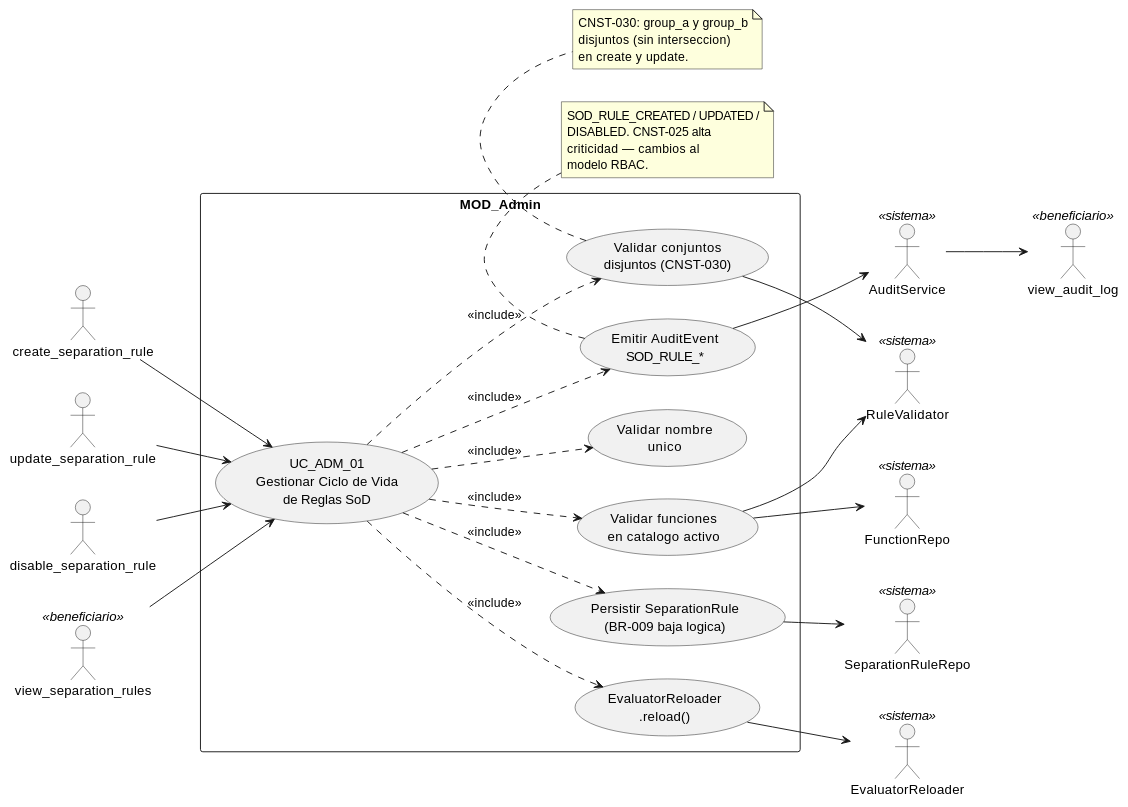
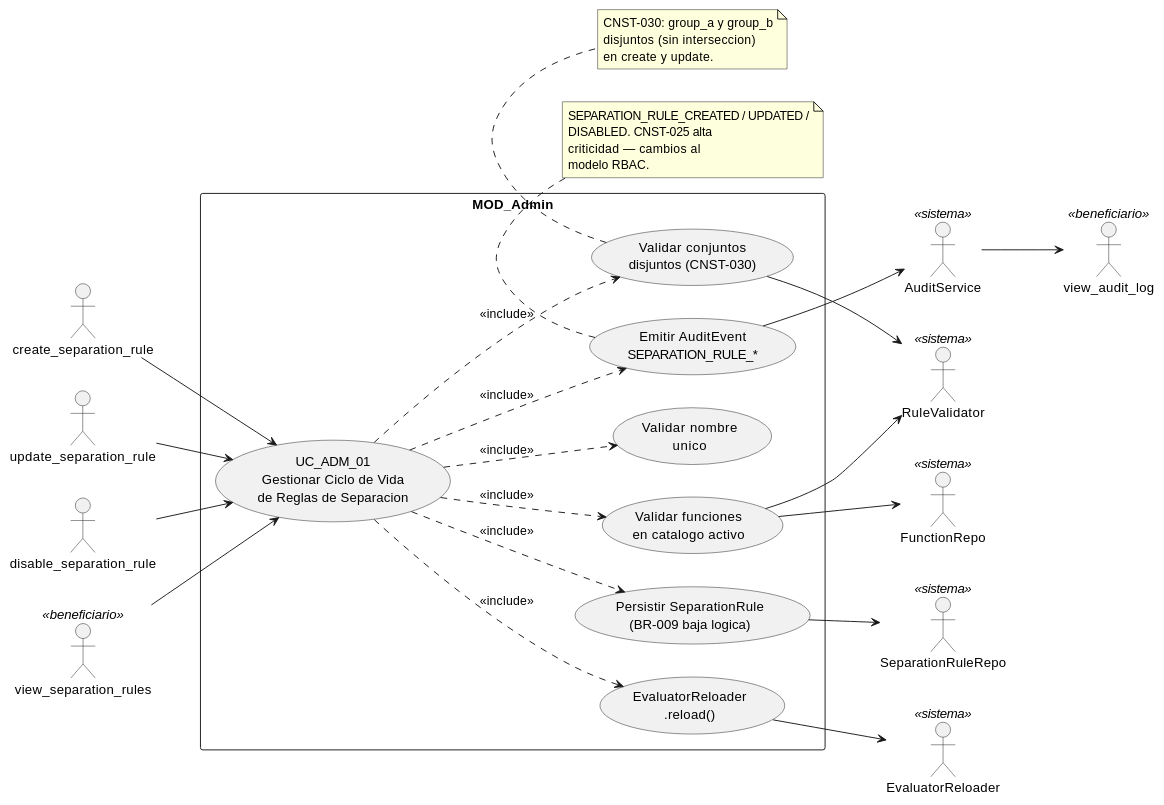
Before and after one commit to jcg-admin/IACT-docs: the diagram in source/requisitos/casos-uso/admin/uc-adm-01/diagramas-uml/diagrama-de-caso-de-uso.rst, drawn with PlantUML. The commit also changed 148 other files, not shown here.

```diff
--- a/source/requisitos/casos-uso/admin/uc-adm-01/diagramas-uml/diagrama-de-caso-de-uso.rst
+++ b/source/requisitos/casos-uso/admin/uc-adm-01/diagramas-uml/diagrama-de-caso-de-uso.rst
@@ -6,62 +6,62 @@
 .. uml::
  :caption: UC_ADM_01 — actores y casos asociados.
 
  @startuml
 
  left to right direction
 
  actor "create_separation_rule" as create_separation_rule
  actor "update_separation_rule" as update_separation_rule
  actor "disable_separation_rule" as disable_separation_rule
  actor "view_separation_rules" as view_separation_rules <<beneficiario>>
  actor "view_audit_log" as view_audit_log <<beneficiario>>
  actor "EvaluatorReloader" as EvaluatorReloader <<sistema>>
  actor "RuleValidator" as RuleValidator <<sistema>>
  actor "AuditService" as AuditService <<sistema>>
  actor "SeparationRuleRepo" as SeparationRuleRepo <<sistema>>
  actor "FunctionRepo" as FunctionRepo <<sistema>>
 
  rectangle "MOD_Admin" {
-   usecase "UC_ADM_01\nGestionar Ciclo de Vida\nde Reglas SoD" as UC_ADM_01
+   usecase "UC_ADM_01\nGestionar Ciclo de Vida\nde Reglas de Separacion" as UC_ADM_01
    usecase "Validar conjuntos\ndisjuntos (CNST-030)" as VALIDAR_CONJUNTOS
    usecase "Validar funciones\nen catalogo activo" as VALIDAR_FUNCIONES
    usecase "Validar nombre\nunico" as VALIDAR_NOMBRE
    usecase "Persistir SeparationRule\n(BR-009 baja logica)" as PERSISTIR
-   usecase "Emitir AuditEvent\nSOD_RULE_*" as AUDITAR
+   usecase "Emitir AuditEvent\nSEPARATION_RULE_*" as AUDITAR
    usecase "EvaluatorReloader\n.reload()" as RELOAD
  }
 
  create_separation_rule --> UC_ADM_01
  update_separation_rule --> UC_ADM_01
  disable_separation_rule --> UC_ADM_01
  view_separation_rules --> UC_ADM_01
 
  UC_ADM_01 ..> VALIDAR_CONJUNTOS : <<include>>
  UC_ADM_01 ..> VALIDAR_FUNCIONES : <<include>>
  UC_ADM_01 ..> VALIDAR_NOMBRE : <<include>>
  UC_ADM_01 ..> PERSISTIR : <<include>>
  UC_ADM_01 ..> AUDITAR : <<include>>
  UC_ADM_01 ..> RELOAD : <<include>>
 
  VALIDAR_CONJUNTOS --> RuleValidator
  VALIDAR_FUNCIONES --> RuleValidator
  VALIDAR_FUNCIONES --> FunctionRepo
  PERSISTIR --> SeparationRuleRepo
  AUDITAR --> AuditService
  RELOAD --> EvaluatorReloader
  AuditService --> view_audit_log
 
  note bottom of VALIDAR_CONJUNTOS
    CNST-030: group_a y group_b
    disjuntos (sin interseccion)
    en create y update.
  end note
 
  note bottom of AUDITAR
-   SOD_RULE_CREATED / UPDATED /
+   SEPARATION_RULE_CREATED / UPDATED /
    DISABLED. CNST-025 alta
    criticidad — cambios al
    modelo RBAC.
  end note
 
  @enduml
```
